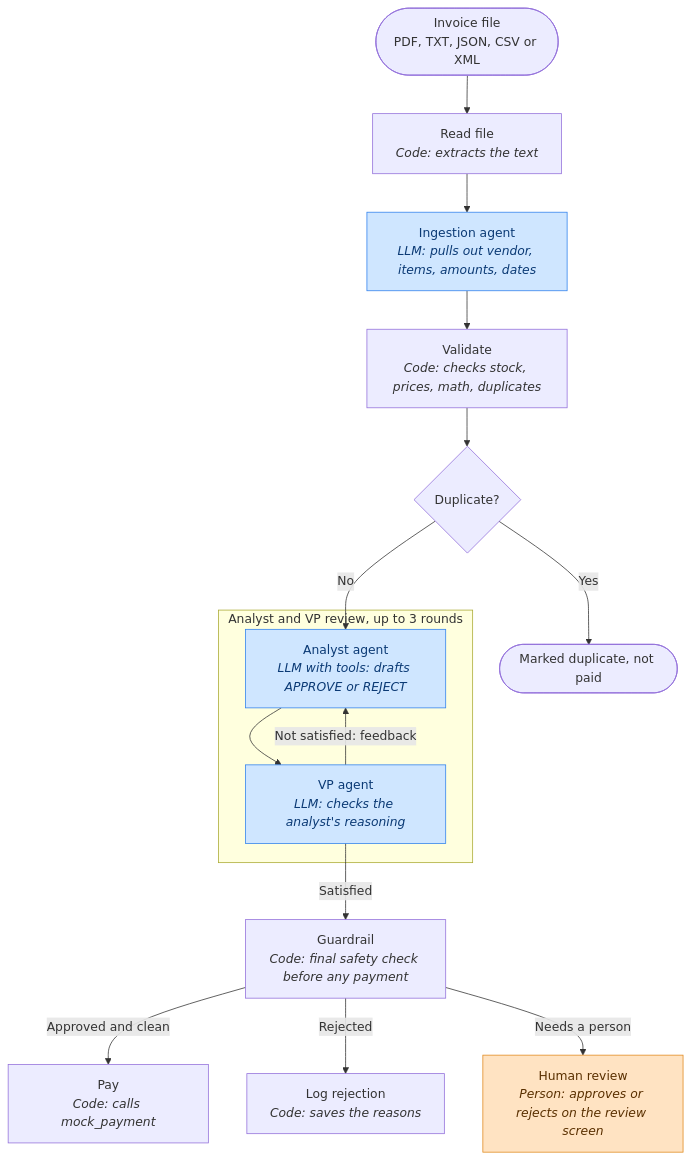
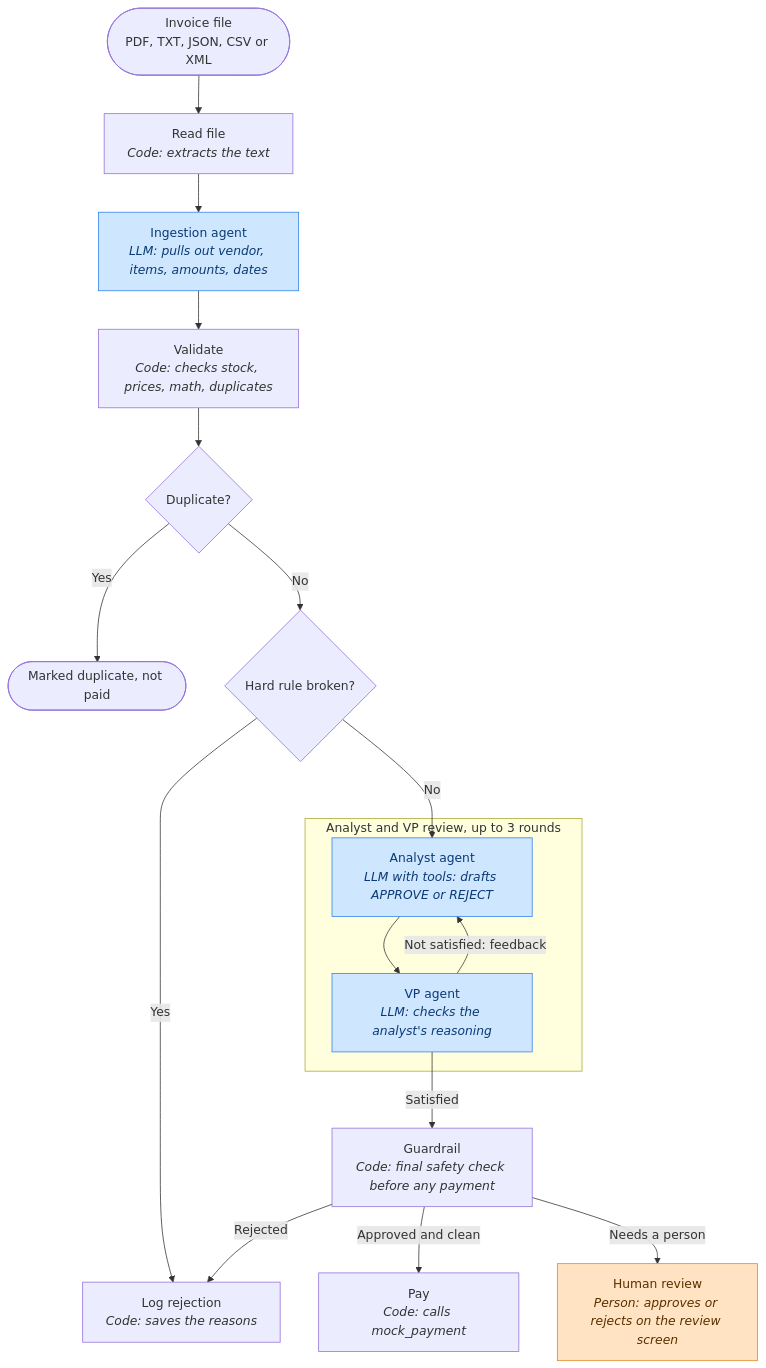
Before and after one commit to amanluth03/galatiq-case-invoices: the diagram in README.md, drawn with Mermaid. The commit also changed other lines of this file and 1 other file, not shown here.

Commit message:
Explain why a person stays in the loop, list what was hardened, and show the hard-rule shortcut

````diff
--- a/README.md
+++ b/README.md
@@ -65,24 +65,26 @@
 ```mermaid
 flowchart TD
     start(["Invoice file<br/>PDF, TXT, JSON, CSV or XML"]) --> read["Read file<br/><i>Code: extracts the text</i>"]
     read --> ingest["Ingestion agent<br/><i>LLM: pulls out vendor, items, amounts, dates</i>"]
     ingest --> validate["Validate<br/><i>Code: checks stock, prices, math, duplicates</i>"]
     validate --> dup{"Duplicate?"}
     dup -- "Yes" --> stop(["Marked duplicate, not paid"])
-    dup -- "No" --> analyst
+    dup -- "No" --> rule{"Hard rule broken?"}
+    rule -- "Yes" --> reject
+    rule -- "No" --> analyst
 
     subgraph review["Analyst and VP review, up to 3 rounds"]
         analyst["Analyst agent<br/><i>LLM with tools: drafts APPROVE or REJECT</i>"] --> vp["VP agent<br/><i>LLM: checks the analyst's reasoning</i>"]
         vp -- "Not satisfied: feedback" --> analyst
     end
 
     vp -- "Satisfied" --> guard["Guardrail<br/><i>Code: final safety check before any payment</i>"]
     guard -- "Approved and clean" --> pay["Pay<br/><i>Code: calls mock_payment</i>"]
     guard -- "Rejected" --> reject["Log rejection<br/><i>Code: saves the reasons</i>"]
     guard -- "Needs a person" --> human["Human review<br/><i>Person: approves or rejects on the review screen</i>"]
 
     classDef llm fill:#cfe6ff,stroke:#2f80ed,color:#0b3a75
     classDef person fill:#ffe3c2,stroke:#e08a1e,color:#5a3000
     class ingest,analyst,vp llm
     class human person
 ```
````
